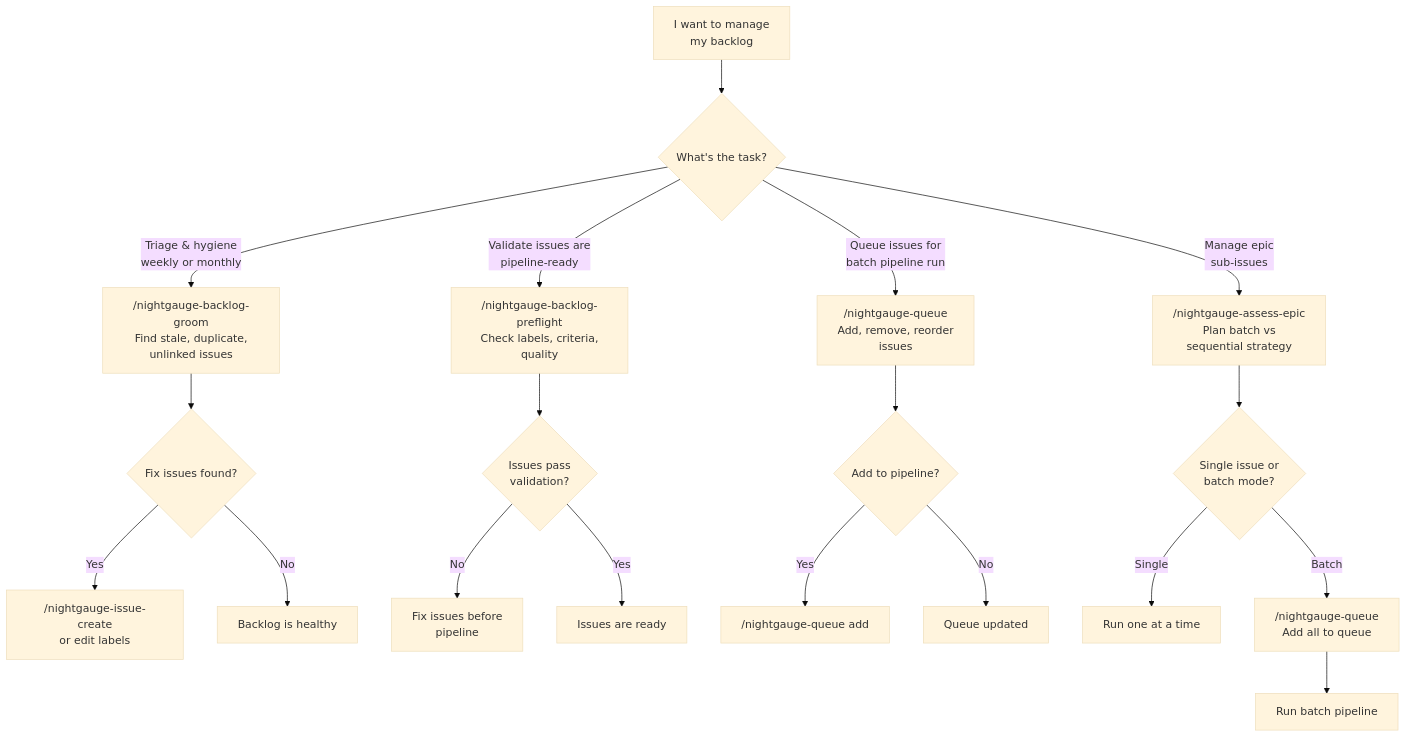
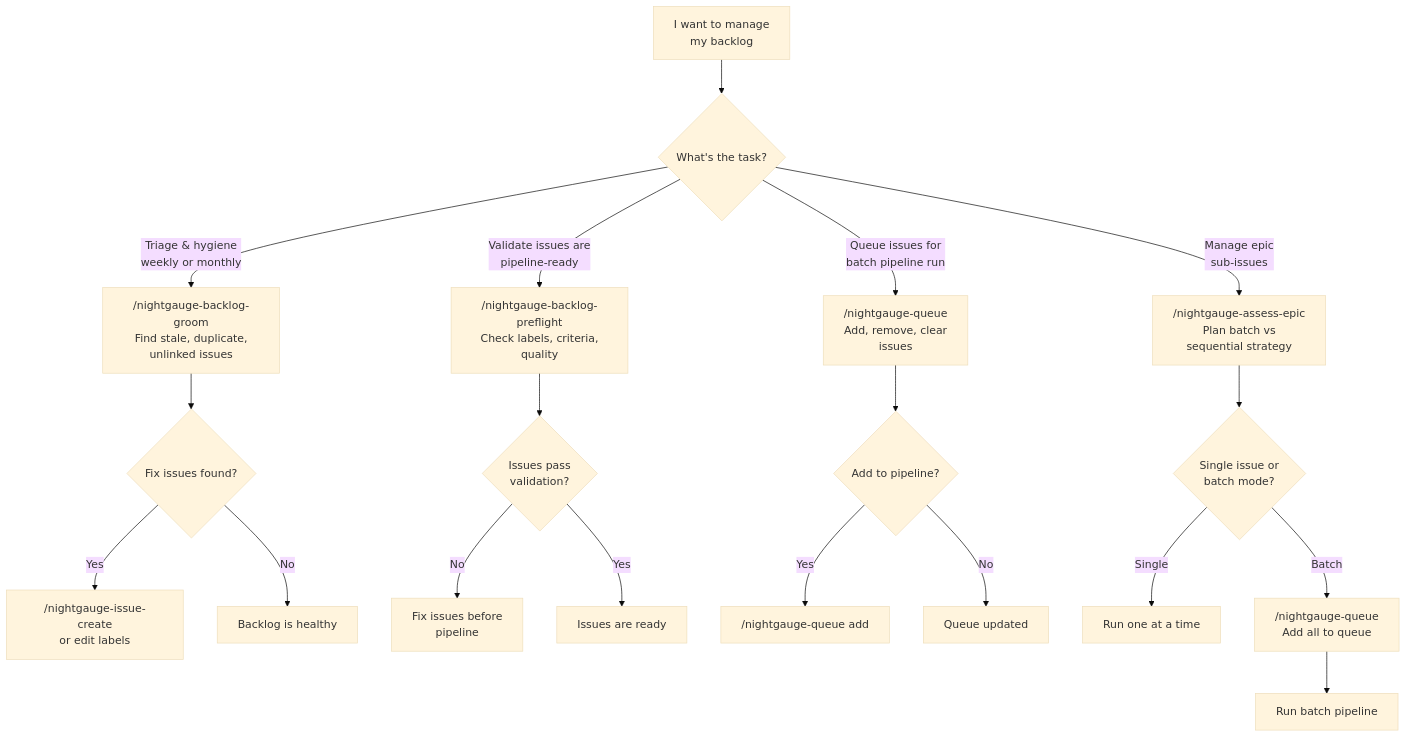
One commit to nightgauge/nightgauge changed the sixth of 13 diagrams in docs/DECISION_TREES.md. Above: the diagram before and after it, drawn with Mermaid (base theme). The commit also changed 17 other files, not shown here.

````diff
--- a/docs/DECISION_TREES.md
+++ b/docs/DECISION_TREES.md
@@ -261,21 +261,21 @@
 ```mermaid
 flowchart TD
     A["I want to manage<br/>my backlog"] --> B{What's the task?}
     B -->|Triage & hygiene<br/>weekly or monthly| C["/nightgauge-backlog-groom<br/>Find stale, duplicate,<br/>unlinked issues"]
     B -->|Validate issues are<br/>pipeline-ready| D["/nightgauge-backlog-preflight<br/>Check labels, criteria,<br/>quality"]
-    B -->|Queue issues for<br/>batch pipeline run| E["/nightgauge-queue<br/>Add, remove, reorder<br/>issues"]
+    B -->|Queue issues for<br/>batch pipeline run| E["/nightgauge-queue<br/>Add, remove, clear<br/>issues"]
     B -->|Manage epic<br/>sub-issues| F["/nightgauge-assess-epic<br/>Plan batch vs<br/>sequential strategy"]
     C --> G{Fix issues found?}
     G -->|Yes| H["/nightgauge-issue-create<br/>or edit labels"]
     G -->|No| I["Backlog is healthy"]
     D --> J{Issues pass<br/>validation?}
     J -->|No| K["Fix issues before<br/>pipeline"]
     J -->|Yes| L["Issues are ready"]
     E --> M{Add to pipeline?}
     M -->|Yes| N["/nightgauge-queue add"]
     M -->|No| O["Queue updated"]
     F --> P{Single issue or<br/>batch mode?}
     P -->|Single| Q["Run one at a time"]
     P -->|Batch| R["/nightgauge-queue<br/>Add all to queue"]
     R --> S["Run batch pipeline"]
 ```
````
